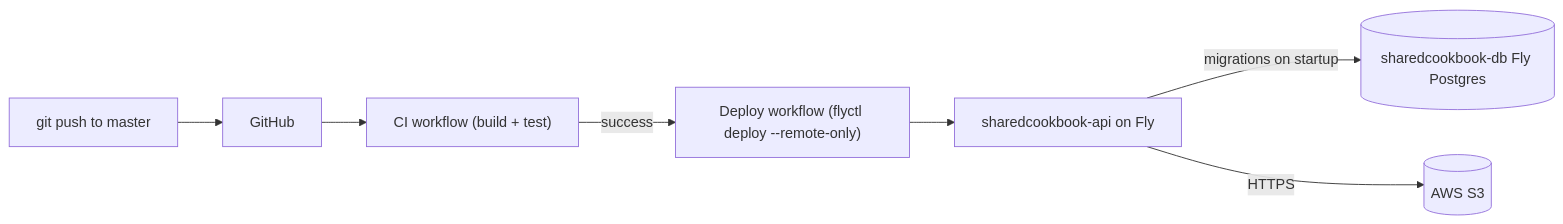
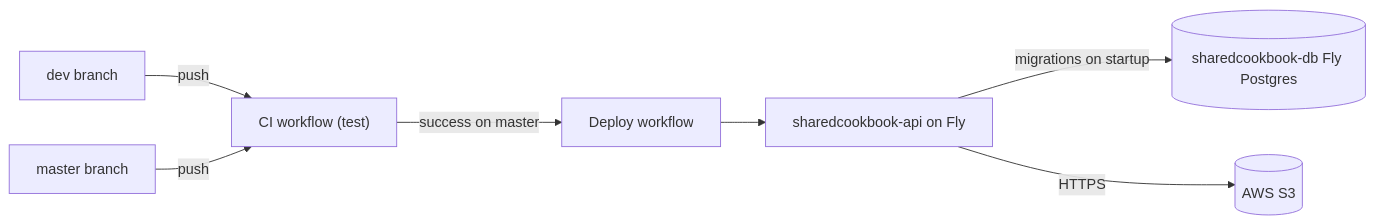
One commit to bretthoes/SharedCookbook changed the diagram in docs/deploy/README.md. Above: the diagram before and after it, drawn with Mermaid. The commit also changed other lines of this file and 2 other files, not shown here.

````diff
--- a/docs/deploy/README.md
+++ b/docs/deploy/README.md
@@ -14,9 +14,9 @@
 ```mermaid
 flowchart LR
-  Dev[git push to master] --> GH[GitHub]
-  GH --> CI["CI workflow (build + test)"]
-  CI -->|success| DeployWF["Deploy workflow (flyctl deploy --remote-only)"]
+  DevBranch[dev branch] -->|push| CI["CI workflow (test)"]
+  Master[master branch] -->|push| CI
+  CI -->|success on master| DeployWF["Deploy workflow"]
   DeployWF --> API[sharedcookbook-api on Fly]
   API -->|migrations on startup| DB[(sharedcookbook-db Fly Postgres)]
   API -->|HTTPS| S3[(AWS S3)]
 ```
````
